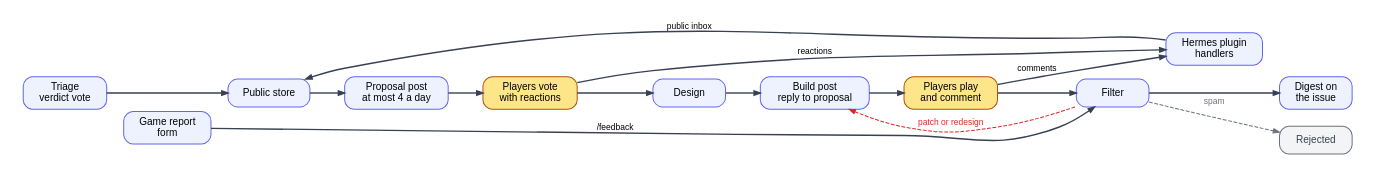
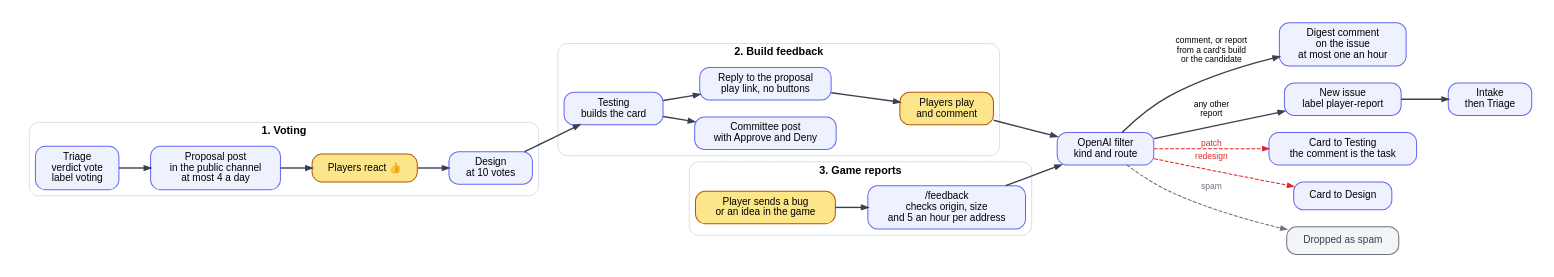
Before and after one commit to ROAM-game-org/road-machiners: the diagram in factory/docs/diagrams/public.dot, drawn with Graphviz. The commit also changed 3 other files, not shown here.

Commit message:
Public inputs diagram shows voting, build feedback and game reports as three lanes, and the lifecycle names player routes

```diff
--- a/factory/docs/diagrams/public.dot
+++ b/factory/docs/diagrams/public.dot
@@ -1,27 +1,54 @@
-// Public inputs. Black: normal path. Red: loops back. Grey: leaves the flow. Yellow: waits for people.
+// Public inputs: voting, build feedback and game reports. Black: normal path. Red: loops back. Grey: leaves the flow. Yellow: waits for people.
 digraph public {
-  rankdir=LR; nodesep=0.3; ranksep=0.6; bgcolor=white; pad=0.3;
-  node [shape=box, style="rounded,filled", fillcolor="#eef2ff", color="#6366f1", fontname="Helvetica", fontsize=13, margin="0.2,0.1", penwidth=1.3, width=1.3];
+  rankdir=LR; nodesep=0.3; ranksep=0.55; bgcolor=white; pad=0.3; newrank=true;
+  node [shape=box, style="rounded,filled", fillcolor="#eef2ff", color="#6366f1", fontname="Helvetica", fontsize=13, margin="0.2,0.1", penwidth=1.3, width=1.5];
   edge [color="#374151", penwidth=1.8, arrowsize=0.8, fontname="Helvetica", fontsize=11];
-  T [label="Triage\nverdict vote"];
-  S [label="Public store"];
-  P [label="Proposal post\nat most 4 a day"];
-  V [label="Players vote\nwith reactions", fillcolor="#fde68a", color="#b45309"];
-  D [label="Design"];
-  B [label="Build post\nreply to proposal"];
-  C [label="Players play\nand comment", fillcolor="#fde68a", color="#b45309"];
-  F [label="Filter"];
-  G [label="Digest on\nthe issue"];
-  H [label="Hermes plugin\nhandlers"];
-  R [label="Game report\nform"];
-  X [label="Rejected", fillcolor="#f3f4f6", color="#6b7280", fontcolor="#374151"];
-  T -> S -> P -> V -> D -> B -> C -> F -> G [weight=100];
-  V -> H [label="reactions", weight=0];
-  C -> H [label="comments", weight=0];
-  H -> S [label="public inbox", weight=0];
-  R -> F [label="/feedback", weight=0];
-  edge [color="#dc2626", fontcolor="#dc2626", style=dashed, penwidth=1.3, dir=back, weight=0];
-  B -> F [label="patch or redesign"];
-  edge [color="#6b7280", fontcolor="#6b7280", style=dashed, penwidth=1.3, dir=forward, weight=0];
-  F -> X [label="spam"];
+
+  subgraph cluster_vote {
+    label="1. Voting"; fontname="Helvetica-Bold"; fontsize=14; color="#d1d5db"; style=rounded;
+    triage [label="Triage\nverdict vote\nlabel voting"];
+    proposal [label="Proposal post\nin the public channel\nat most 4 a day"];
+    votes [label="Players react 👍", fillcolor="#fde68a", color="#b45309"];
+    design [label="Design\nat 10 votes"];
+    triage -> proposal -> votes -> design;
+  }
+
+  subgraph cluster_build {
+    label="2. Build feedback"; fontname="Helvetica-Bold"; fontsize=14; color="#d1d5db"; style=rounded;
+    testing [label="Testing\nbuilds the card"];
+    committeePost [label="Committee post\nwith Approve and Deny"];
+    reply [label="Reply to the proposal\nplay link, no buttons"];
+    comment [label="Players play\nand comment", fillcolor="#fde68a", color="#b45309"];
+    testing -> committeePost;
+    testing -> reply -> comment;
+  }
+
+  subgraph cluster_report {
+    label="3. Game reports"; fontname="Helvetica-Bold"; fontsize=14; color="#d1d5db"; style=rounded;
+    form [label="Player sends a bug\nor an idea in the game", fillcolor="#fde68a", color="#b45309"];
+    feedback [label="/feedback\nchecks origin, size\nand 5 an hour per address"];
+    form -> feedback;
+  }
+
+  filter [label="OpenAI filter\nkind and route"];
+  digest [label="Digest comment\non the issue\nat most one an hour"];
+  newIssue [label="New issue\nlabel player-report"];
+  intake [label="Intake\nthen Triage"];
+  patch [label="Card to Testing\nthe comment is the task"];
+  redesign [label="Card to Design"];
+  rejected [label="Dropped as spam", fillcolor="#f3f4f6", color="#6b7280", fontcolor="#374151"];
+
+  design -> testing [weight=0];
+  comment -> filter;
+  feedback -> filter;
+  filter -> digest [label="comment, or report\nfrom a card's build\nor the candidate"];
+  filter -> newIssue [label="any other\nreport"];
+  newIssue -> intake;
+
+  edge [color="#dc2626", fontcolor="#dc2626", style=dashed, penwidth=1.3];
+  filter -> patch [label="patch"];
+  filter -> redesign [label="redesign"];
+
+  edge [color="#6b7280", fontcolor="#6b7280", style=dashed, penwidth=1.3];
+  filter -> rejected [label="spam"];
 }
```
